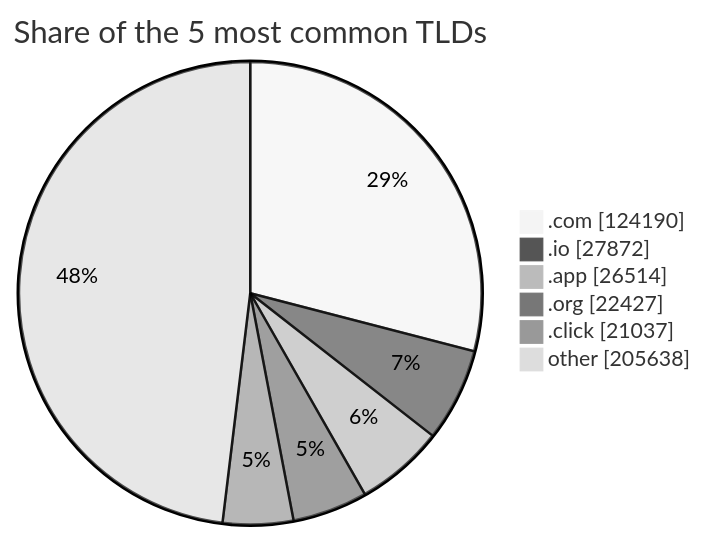
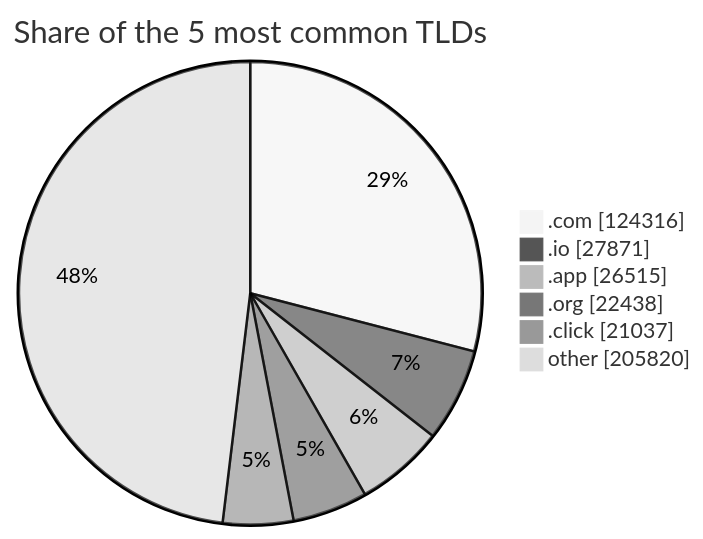
One commit to DNSBunker/CTI changed the third of 3 diagrams in README.md. Above: the diagram before and after it, drawn with Mermaid (neutral theme). The commit also changed other lines of this file and 3 other files, not shown here.

````diff
--- a/README.md
+++ b/README.md
@@ -81,9 +81,9 @@
 ```mermaid
 pie showData title Share of the 5 most common TLDs
-    ".com" : 124190
-    ".io" : 27872
-    ".app" : 26514
-    ".org" : 22427
+    ".com" : 124316
+    ".io" : 27871
+    ".app" : 26515
+    ".org" : 22438
     ".click" : 21037
-    "other" : 205638
+    "other" : 205820
 ```
````
